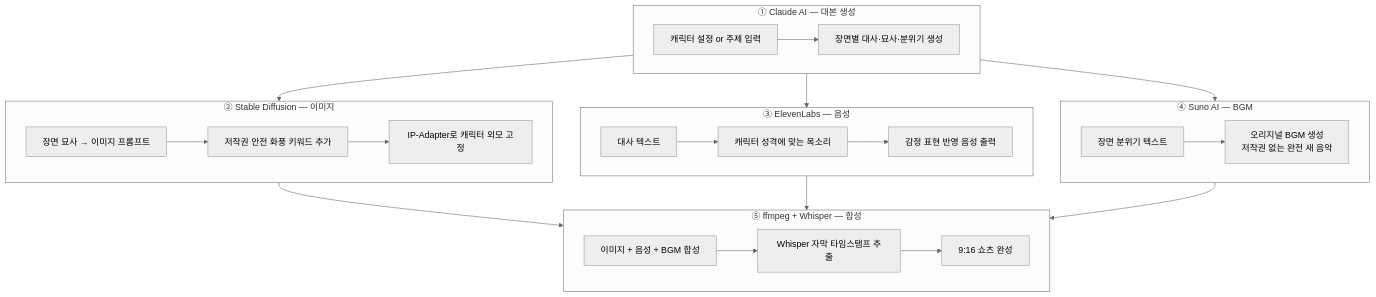
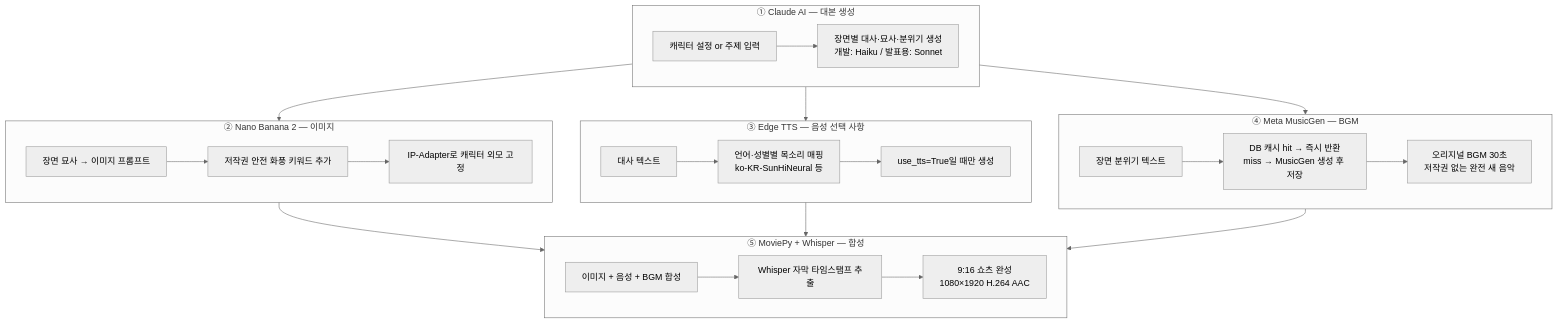
The sixth of 7 diagrams in README.md (Userlsj-project/storyforge), drawn with Mermaid (neutral theme) before and after one commit. The commit also changed other lines of this file, not shown here.

````diff
--- a/README.md
+++ b/README.md
@@ -177,40 +177,41 @@
 ```mermaid
 flowchart TD
     subgraph Claude [① Claude AI — 대본 생성]
         CL1[캐릭터 설정 or 주제 입력]
-        CL2[장면별 대사·묘사·분위기 생성]
+        CL2[장면별 대사·묘사·분위기 생성\n개발: Haiku / 발표용: Sonnet]
         CL1 --> CL2
     end
 
-    subgraph SD [② Stable Diffusion — 이미지]
-        SD1[장면 묘사 → 이미지 프롬프트]
-        SD2[저작권 안전 화풍 키워드 추가]
-        SD3[IP-Adapter로 캐릭터 외모 고정]
-        SD1 --> SD2 --> SD3
+    subgraph NB [② Nano Banana 2 — 이미지]
+        NB1[장면 묘사 → 이미지 프롬프트]
+        NB2[저작권 안전 화풍 키워드 추가]
+        NB3[IP-Adapter로 캐릭터 외모 고정]
+        NB1 --> NB2 --> NB3
     end
 
-    subgraph EL [③ ElevenLabs — 음성]
-        EL1[대사 텍스트]
-        EL2[캐릭터 성격에 맞는 목소리]
-        EL3[감정 표현 반영 음성 출력]
-        EL1 --> EL2 --> EL3
+    subgraph ET [③ Edge TTS — 음성 선택 사항]
+        ET1[대사 텍스트]
+        ET2[언어·성별별 목소리 매핑\nko-KR-SunHiNeural 등]
+        ET3[use_tts=True일 때만 생성]
+        ET1 --> ET2 --> ET3
     end
 
-    subgraph SU [④ Suno AI — BGM]
-        SU1[장면 분위기 텍스트]
-        SU2[오리지널 BGM 생성\n저작권 없는 완전 새 음악]
-        SU1 --> SU2
+    subgraph MG [④ Meta MusicGen — BGM]
+        MG1[장면 분위기 텍스트]
+        MG2[DB 캐시 hit → 즉시 반환\nmiss → MusicGen 생성 후 저장]
+        MG3[오리지널 BGM 30초\n저작권 없는 완전 새 음악]
+        MG1 --> MG2 --> MG3
     end
 
-    subgraph FF [⑤ ffmpeg + Whisper — 합성]
-        FF1[이미지 + 음성 + BGM 합성]
-        FF2[Whisper 자막 타임스탬프 추출]
-        FF3[9:16 쇼츠 완성]
-        FF1 --> FF2 --> FF3
+    subgraph MP [⑤ MoviePy + Whisper — 합성]
+        MP1[이미지 + 음성 + BGM 합성]
+        MP2[Whisper 자막 타임스탬프 추출]
+        MP3[9:16 쇼츠 완성\n1080×1920 H.264 AAC]
+        MP1 --> MP2 --> MP3
     end
 
-    Claude --> SD
-    Claude --> EL
-    Claude --> SU
-    SD & EL & SU --> FF
+    Claude --> NB
+    Claude --> ET
+    Claude --> MG
+    NB & ET & MG --> MP
 ```
````
